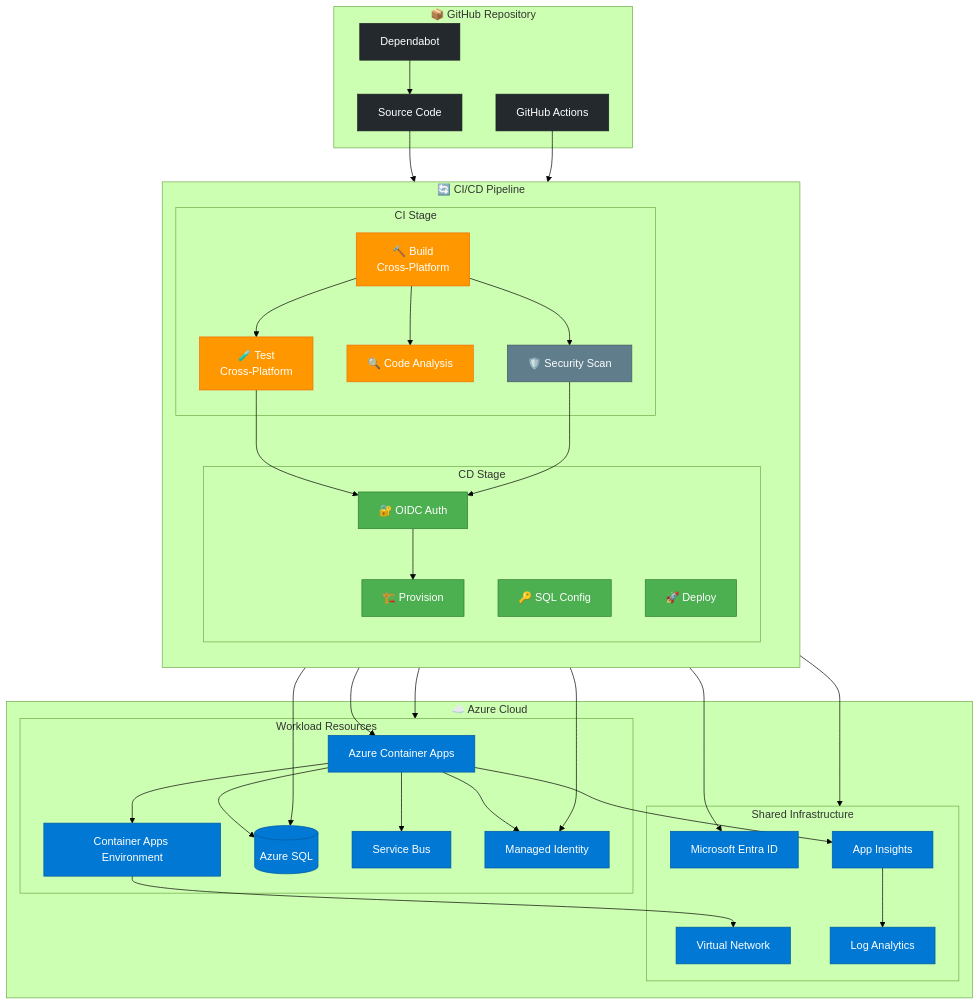
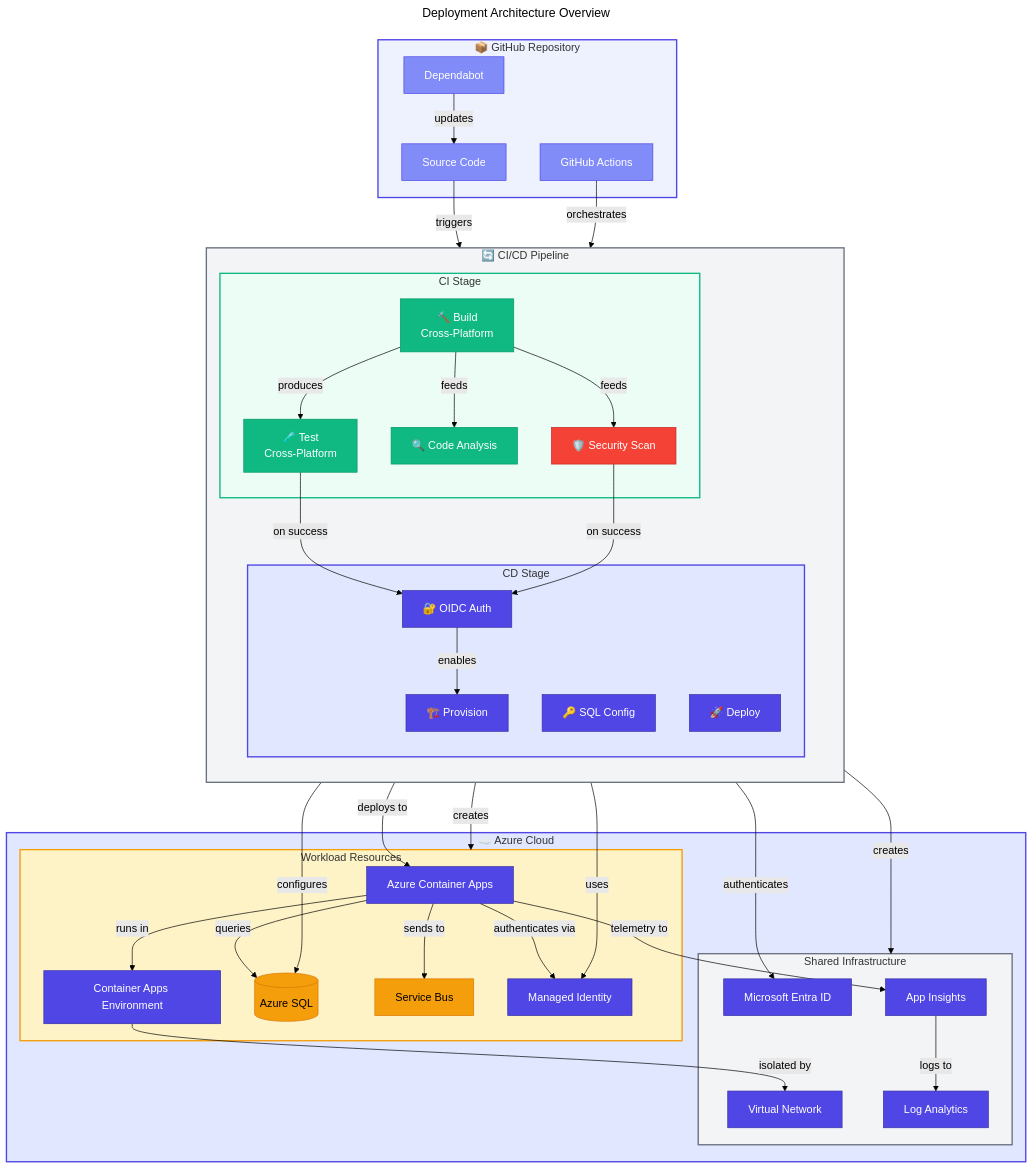
The first of 4 diagrams in docs/architecture/07-deployment-architecture.md (Evilazaro/Azure-LogicApps-Monitoring), drawn with Mermaid (forest theme) before and after one commit. The commit also changed other lines of this file and 1 other file, not shown here.

Commit message:
refactor: Enhance service bus messaging documentation with improved topic/subscription topology diagram and connection details

````diff
--- a/docs/architecture/07-deployment-architecture.md
+++ b/docs/architecture/07-deployment-architecture.md
@@ -50,29 +50,37 @@
 ```mermaid
+---
+title: Deployment Architecture Overview
+---
 flowchart TB
+    %% ===== GITHUB REPOSITORY =====
     subgraph GitHub["📦 GitHub Repository"]
         CODE[Source Code]
         WORKFLOWS[GitHub Actions]
         DEPENDABOT[Dependabot]
     end
 
+    %% ===== CI/CD PIPELINE =====
     subgraph CICD["🔄 CI/CD Pipeline"]
         direction TB
 
+        %% ===== CI STAGE =====
         subgraph CI["CI Stage"]
-            BUILD[🔨 Build<br/>Cross-Platform]
-            TEST[🧪 Test<br/>Cross-Platform]
-            ANALYZE[🔍 Code Analysis]
-            CODEQL[🛡️ Security Scan]
+            BUILD["🔨 Build<br/>Cross-Platform"]
+            TEST["🧪 Test<br/>Cross-Platform"]
+            ANALYZE["🔍 Code Analysis"]
+            CODEQL["🛡️ Security Scan"]
         end
 
+        %% ===== CD STAGE =====
         subgraph CD["CD Stage"]
-            AUTH[🔐 OIDC Auth]
-            PROVISION[🏗️ Provision]
-            SQLCONFIG[🔑 SQL Config]
-            DEPLOY[🚀 Deploy]
+            AUTH["🔐 OIDC Auth"]
+            PROVISION["🏗️ Provision"]
+            SQLCONFIG["🔑 SQL Config"]
+            DEPLOY["🚀 Deploy"]
         end
     end
 
+    %% ===== AZURE CLOUD =====
     subgraph Azure["☁️ Azure Cloud"]
         subgraph SharedInfra["Shared Infrastructure"]
             ENTRA[Microsoft Entra ID]
@@ -90,46 +98,57 @@
         end
     end
 
-    %% GitHub to CI/CD
-    CODE --> BUILD
-    WORKFLOWS --> CI
-    DEPENDABOT --> CODE
+    %% ===== GITHUB TO CI/CD CONNECTIONS =====
+    CODE -->|"triggers"| BUILD
+    WORKFLOWS -->|"orchestrates"| CI
+    DEPENDABOT -->|"updates"| CODE
 
-    %% CI Flow
-    BUILD --> TEST
-    BUILD --> ANALYZE
-    BUILD --> CODEQL
+    %% ===== CI FLOW =====
+    BUILD -->|"produces"| TEST
+    BUILD -->|"feeds"| ANALYZE
+    BUILD -->|"feeds"| CODEQL
 
-    %% CD Flow
-    TEST --> AUTH
-    CODEQL --> AUTH
-    AUTH --> ENTRA
-    AUTH --> PROVISION
-    PROVISION --> SharedInfra
-    PROVISION --> Workload
-    SQLCONFIG --> SQL
-    SQLCONFIG --> MI
-    DEPLOY --> ACA
+    %% ===== CD FLOW =====
+    TEST -->|"on success"| AUTH
+    CODEQL -->|"on success"| AUTH
+    AUTH -->|"authenticates"| ENTRA
+    AUTH -->|"enables"| PROVISION
+    PROVISION -->|"creates"| SharedInfra
+    PROVISION -->|"creates"| Workload
+    SQLCONFIG -->|"configures"| SQL
+    SQLCONFIG -->|"uses"| MI
+    DEPLOY -->|"deploys to"| ACA
 
-    %% Azure connections
-    ACA --> ACAENV
-    ACA --> SB
-    ACA --> SQL
-    ACA --> MI
-    ACAENV --> VNET
-    ACA --> APPINS
-    APPINS --> LAW
+    %% ===== AZURE CONNECTIONS =====
+    ACA -->|"runs in"| ACAENV
+    ACA -->|"sends to"| SB
+    ACA -->|"queries"| SQL
+    ACA -->|"authenticates via"| MI
+    ACAENV -->|"isolated by"| VNET
+    ACA -->|"telemetry to"| APPINS
+    APPINS -->|"logs to"| LAW
 
-    %% Styling
-    classDef github fill:#24292e,stroke:#1b1f23,color:#fff
-    classDef ci fill:#FF9800,stroke:#EF6C00,color:#fff
-    classDef cd fill:#4CAF50,stroke:#2E7D32,color:#fff
-    classDef azure fill:#0078D4,stroke:#005A9E,color:#fff
-    classDef security fill:#607D8B,stroke:#455A64,color:#fff
+    %% ===== CLASS DEFINITIONS (EXACT HEX COLORS) =====
+    classDef primary fill:#4F46E5,stroke:#3730A3,color:#FFFFFF
+    classDef secondary fill:#10B981,stroke:#059669,color:#FFFFFF
+    classDef datastore fill:#F59E0B,stroke:#D97706,color:#000000
+    classDef trigger fill:#818CF8,stroke:#4F46E5,color:#FFFFFF
+    classDef external fill:#6B7280,stroke:#4B5563,color:#FFFFFF,stroke-dasharray:5 5
+    classDef failed fill:#F44336,stroke:#C62828,color:#FFFFFF
 
-    class CODE,WORKFLOWS,DEPENDABOT github
-    class BUILD,TEST,ANALYZE ci
-    class CODEQL security
-    class AUTH,PROVISION,SQLCONFIG,DEPLOY cd
-    class ENTRA,VNET,LAW,APPINS,ACA,ACAENV,SQL,SB,MI azure
+    class CODE,WORKFLOWS,DEPENDABOT trigger
+    class BUILD,TEST,ANALYZE secondary
+    class CODEQL failed
+    class AUTH,PROVISION,SQLCONFIG,DEPLOY primary
+    class ENTRA,VNET,LAW,APPINS,ACA,ACAENV,MI primary
+    class SQL,SB datastore
+
+    %% ===== SUBGRAPH STYLES =====
+    style GitHub fill:#EEF2FF,stroke:#4F46E5,stroke-width:2px
+    style CICD fill:#F3F4F6,stroke:#6B7280,stroke-width:2px
+    style CI fill:#ECFDF5,stroke:#10B981,stroke-width:2px
+    style CD fill:#E0E7FF,stroke:#4F46E5,stroke-width:2px
+    style Azure fill:#E0E7FF,stroke:#4F46E5,stroke-width:2px
+    style SharedInfra fill:#F3F4F6,stroke:#6B7280,stroke-width:2px
+    style Workload fill:#FEF3C7,stroke:#F59E0B,stroke-width:2px
 ```
````
